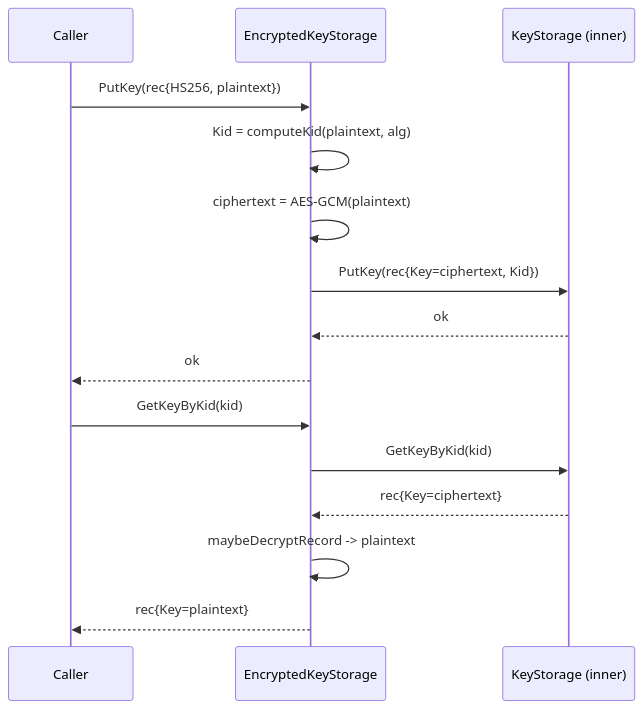
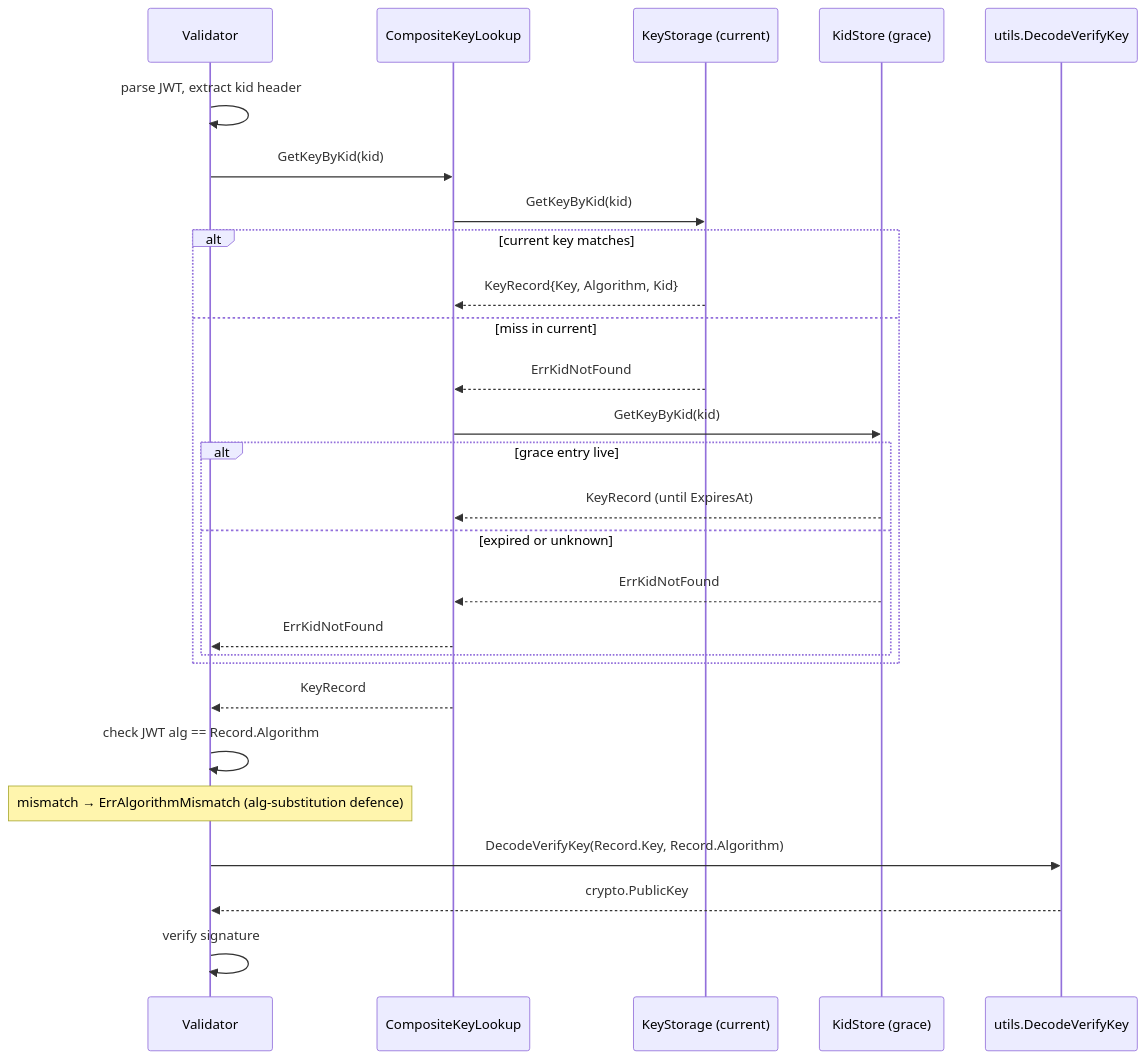
Before and after one commit to panyam/oneauth: the first of 2 diagrams in keys/DESIGN.md, drawn with Mermaid. The commit also changed other lines of this file and 38 other files, not shown here.

````diff
--- a/keys/DESIGN.md
+++ b/keys/DESIGN.md
@@ -80,19 +79,30 @@
 ```mermaid
 sequenceDiagram
-    participant Caller
-    participant Enc as EncryptedKeyStorage
-    participant Inner as KeyStorage (inner)
+    participant Validator
+    participant Comp as CompositeKeyLookup
+    participant KS as KeyStorage (current)
+    participant Kid as KidStore (grace)
+    participant Util as utils.DecodeVerifyKey
 
-    Caller->>Enc: PutKey(rec{HS256, plaintext})
-    Enc->>Enc: Kid = computeKid(plaintext, alg)
-    Enc->>Enc: ciphertext = AES-GCM(plaintext)
-    Enc->>Inner: PutKey(rec{Key=ciphertext, Kid})
-    Inner-->>Enc: ok
-    Enc-->>Caller: ok
-
-    Caller->>Enc: GetKeyByKid(kid)
-    Enc->>Inner: GetKeyByKid(kid)
-    Inner-->>Enc: rec{Key=ciphertext}
-    Enc->>Enc: maybeDecryptRecord -> plaintext
-    Enc-->>Caller: rec{Key=plaintext}
+    Validator->>Validator: parse JWT, extract kid header
+    Validator->>Comp: GetKeyByKid(kid)
+    Comp->>KS: GetKeyByKid(kid)
+    alt current key matches
+        KS-->>Comp: KeyRecord{Key, Algorithm, Kid}
+    else miss in current
+        KS-->>Comp: ErrKidNotFound
+        Comp->>Kid: GetKeyByKid(kid)
+        alt grace entry live
+            Kid-->>Comp: KeyRecord (until ExpiresAt)
+        else expired or unknown
+            Kid-->>Comp: ErrKidNotFound
+            Comp-->>Validator: ErrKidNotFound
+        end
+    end
+    Comp-->>Validator: KeyRecord
+    Validator->>Validator: check JWT alg == Record.Algorithm
+    Note over Validator: mismatch → ErrAlgorithmMismatch (alg-substitution defence)
+    Validator->>Util: DecodeVerifyKey(Record.Key, Record.Algorithm)
+    Util-->>Validator: crypto.PublicKey
+    Validator->>Validator: verify signature
 ```
````
